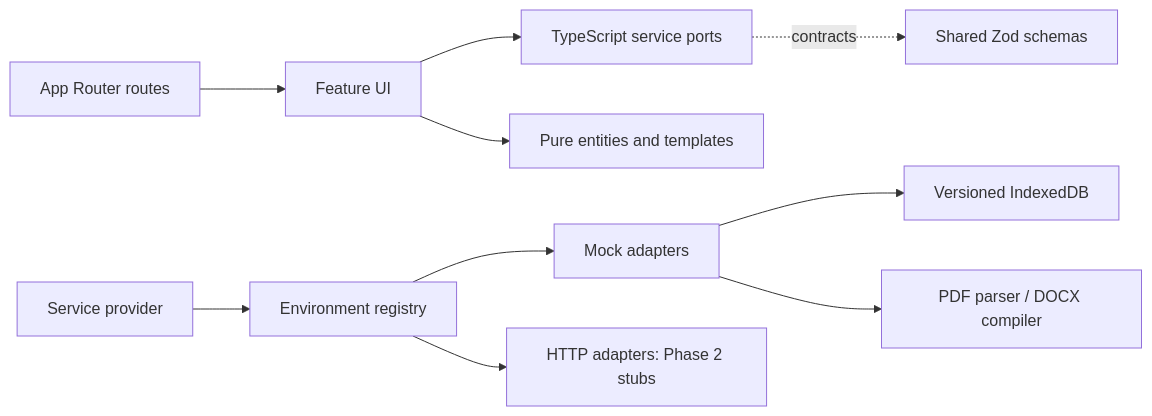
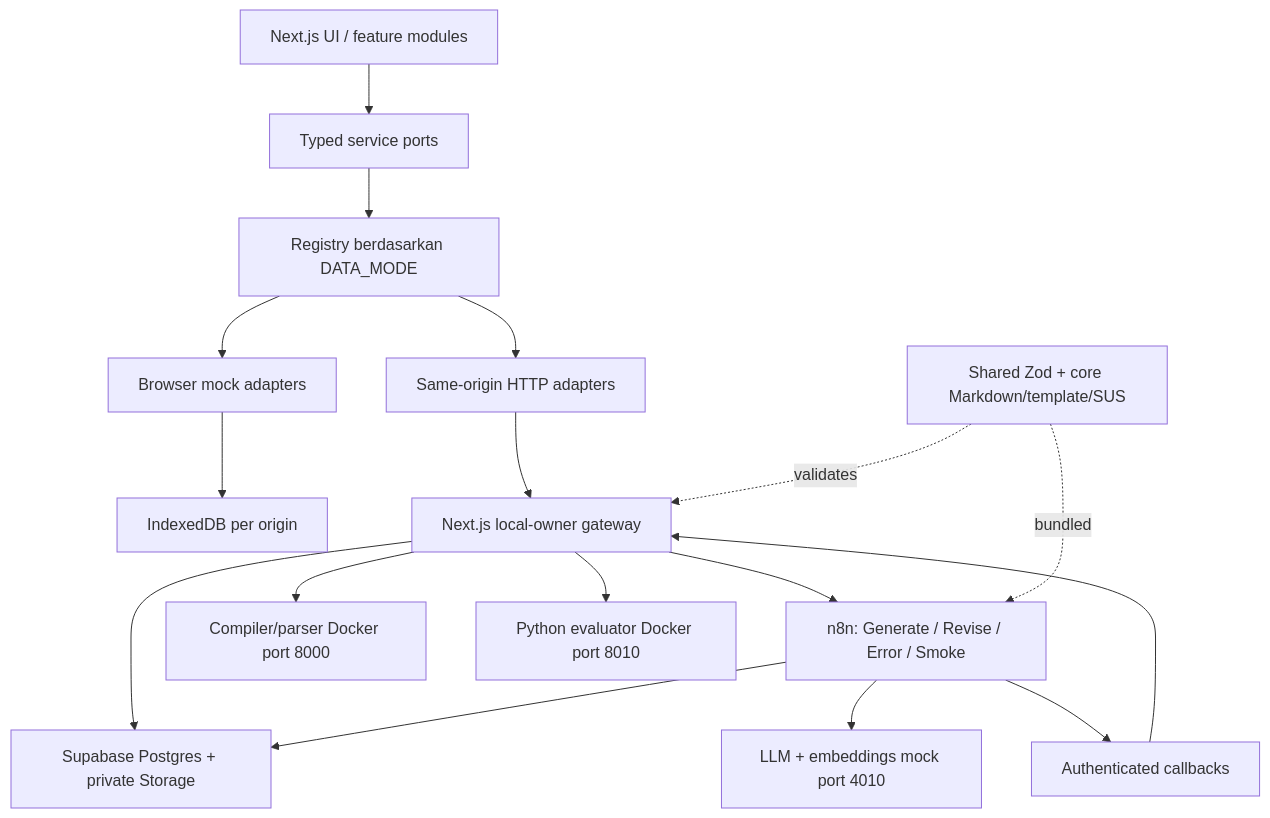
One commit to AYASSEU/Naskah changed the diagram in docs/architecture.md. Above: the diagram before and after it, drawn with Mermaid. The commit also changed other lines of this file and 21 other files, not shown here.

````diff
--- a/docs/architecture.md
+++ b/docs/architecture.md
@@ -3,12 +6,19 @@
 ```mermaid
-flowchart LR
-  Routes[App Router routes] --> Features[Feature UI]
-  Features --> Ports[TypeScript service ports]
-  Features --> Domain[Pure entities and templates]
-  Provider[Service provider] --> Registry[Environment registry]
-  Registry --> Mock[Mock adapters]
-  Registry --> HTTP[HTTP adapters: Phase 2 stubs]
-  Mock --> IDB[Versioned IndexedDB]
-  Mock --> Browser[PDF parser / DOCX compiler]
-  Ports -. contracts .-> Schemas[Shared Zod schemas]
+flowchart TD
+  UI[Next.js UI / feature modules] --> Ports[Typed service ports]
+  Ports --> Registry[Registry berdasarkan DATA_MODE]
+  Registry --> Mock[Browser mock adapters]
+  Mock --> IDB[IndexedDB per origin]
+  Registry --> HTTP[Same-origin HTTP adapters]
+  HTTP --> API[Next.js local-owner gateway]
+  API --> DB[Supabase Postgres + private Storage]
+  API --> N8N[n8n: Generate / Revise / Error / Smoke]
+  N8N --> Provider[LLM + embeddings mock port 4010]
+  N8N --> DB
+  N8N --> Callback[Authenticated callbacks]
+  Callback --> API
+  API --> Docs[Compiler/parser Docker port 8000]
+  API --> Eval[Python evaluator Docker port 8010]
+  Core[Shared Zod + core Markdown/template/SUS] -. validates .-> API
+  Core -. bundled .-> N8N
 ```
````
